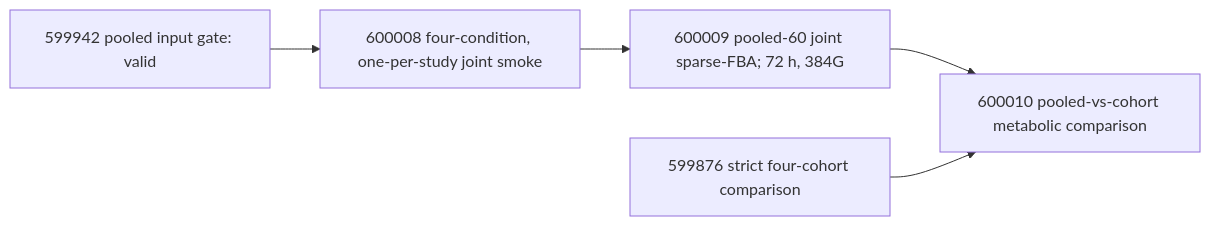
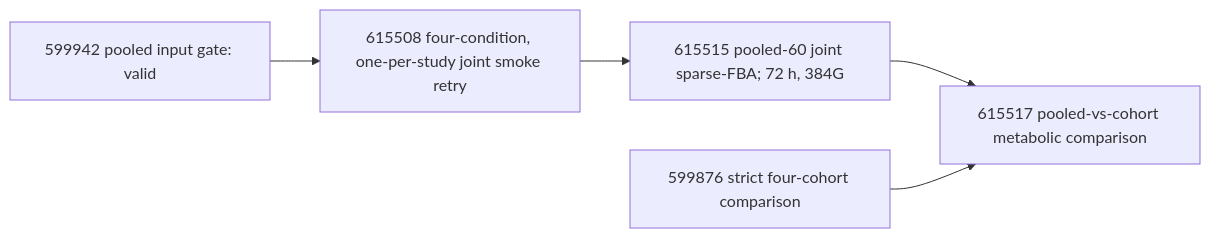
Before and after one commit to xm2325/hgsoc_corneto: the first of 2 diagrams in docs/hgsoc_corneto_research_status.md, drawn with Mermaid. The commit also changed other lines of this file and 1 other file, not shown here.

Commit message:
docs: record pooled smoke timeout and repaired chain

````diff
--- a/docs/hgsoc_corneto_research_status.md
+++ b/docs/hgsoc_corneto_research_status.md
@@ -156,7 +156,7 @@
 ```mermaid
 flowchart LR
-    G["599942 pooled input gate: valid"] --> S["600008 four-condition, one-per-study joint smoke"]
-    S --> F["600009 pooled-60 joint sparse-FBA; 72 h, 384G"]
-    F --> C["600010 pooled-vs-cohort metabolic comparison"]
+    G["599942 pooled input gate: valid"] --> S["615508 four-condition, one-per-study joint smoke retry"]
+    S --> F["615515 pooled-60 joint sparse-FBA; 72 h, 384G"]
+    F --> C["615517 pooled-vs-cohort metabolic comparison"]
     Q["599876 strict four-cohort comparison"] --> C
 ```
````
